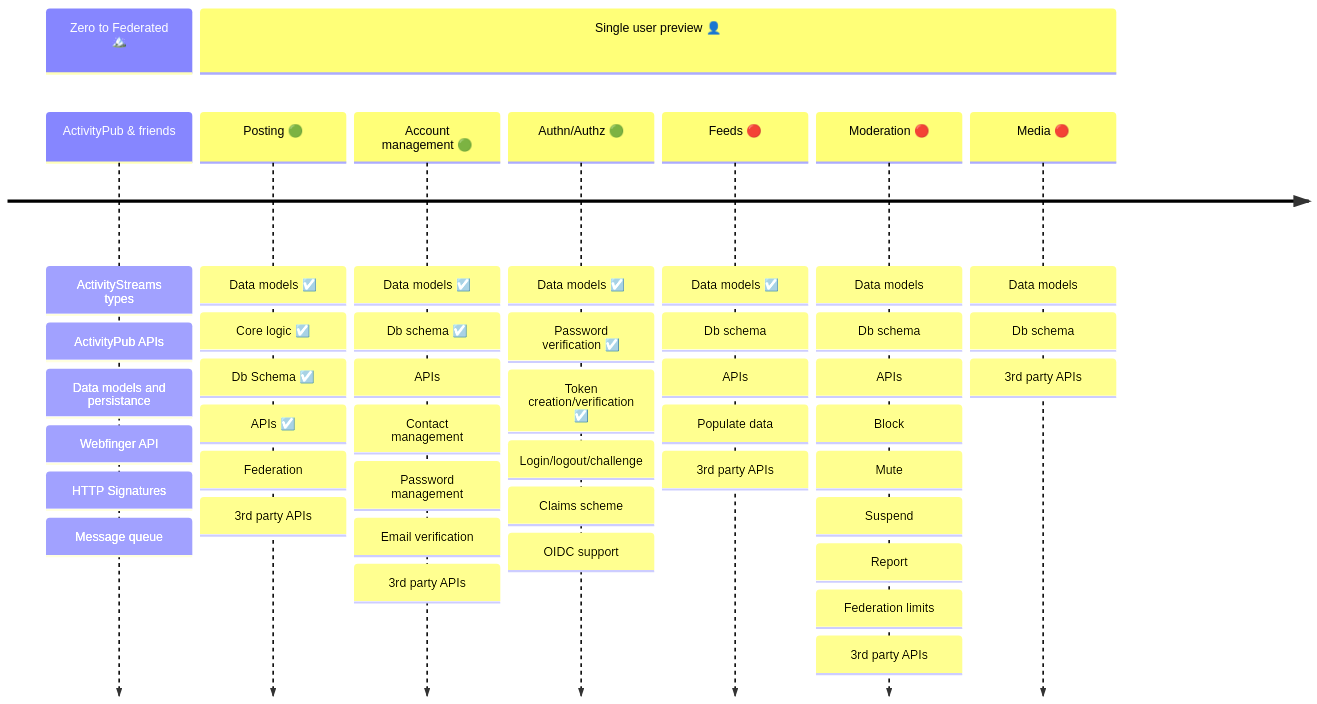
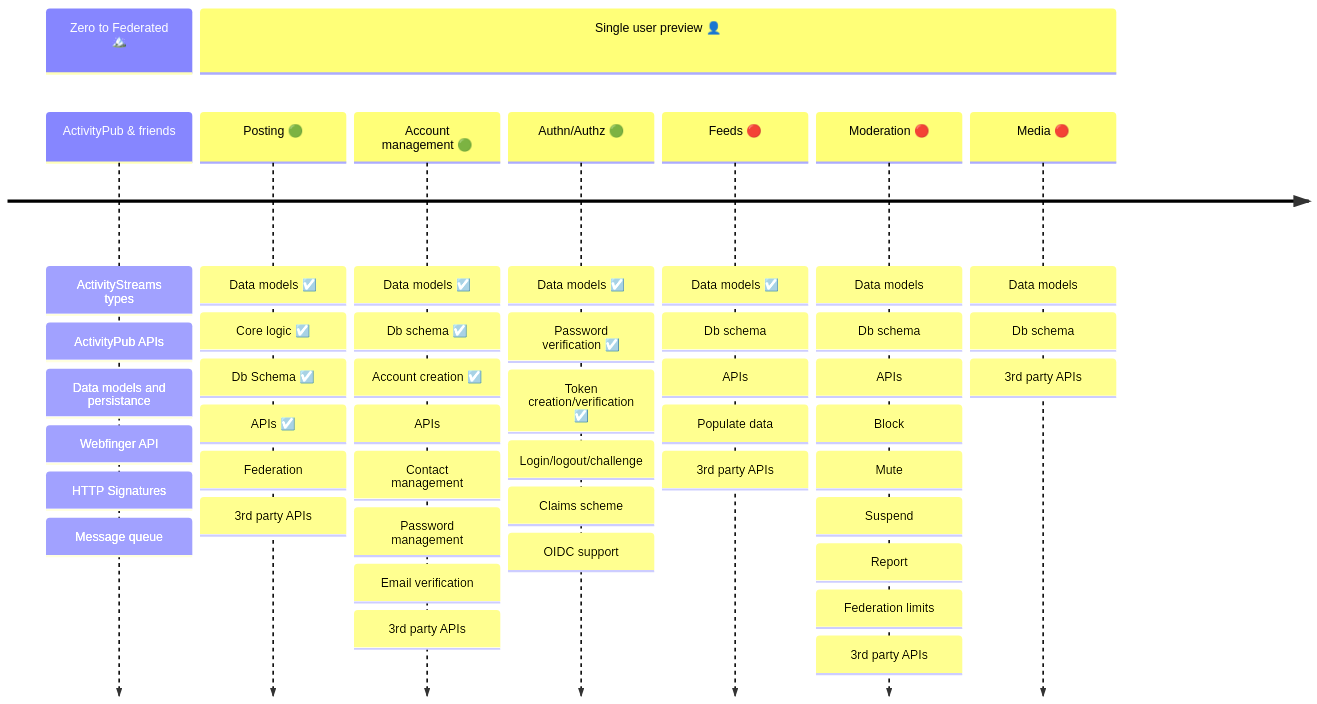
One commit to Letterbook/Letterbook changed the diagram in readme.md. Above: the diagram before and after it, drawn with Mermaid.

Commit message:
tweak timeline

````diff
--- a/readme.md
+++ b/readme.md
@@ -99,13 +99,13 @@
 ```mermaid
 %%{init: { 'theme': 'default' } }%%
 timeline
     section Zero to Federated 🏔️
         ActivityPub & friends       : ActivityStreams types : ActivityPub APIs : Data models and persistance : Webfinger API : HTTP Signatures : Message queue
     section Single user preview 👤
         Posting 🟢                  : Data models ☑️ : Core logic ☑️ : Db Schema ☑️ : APIs ☑️ : Federation : 3rd party APIs 
-        Account management 🟢       : Data models ☑️ : Db schema ☑️ : APIs : Contact management : Password management : Email verification : 3rd party APIs 
+        Account management 🟢       : Data models ☑️ : Db schema ☑️ : Account creation ☑️ : APIs : Contact management : Password management : Email verification : 3rd party APIs 
         Authn/Authz 🟢              : Data models ☑️ : Password verification ☑️ : Token creation/verification ☑️ : Login/logout/challenge : Claims scheme : OIDC support 
         Feeds 🔴                    : Data models ☑️ : Db schema : APIs : Populate data : 3rd party APIs 
         Moderation 🔴               : Data models : Db schema : APIs : Block : Mute : Suspend : Report : Federation limits : 3rd party APIs 
         Media 🔴                    : Data models : Db schema : 3rd party APIs 
 ```
````
